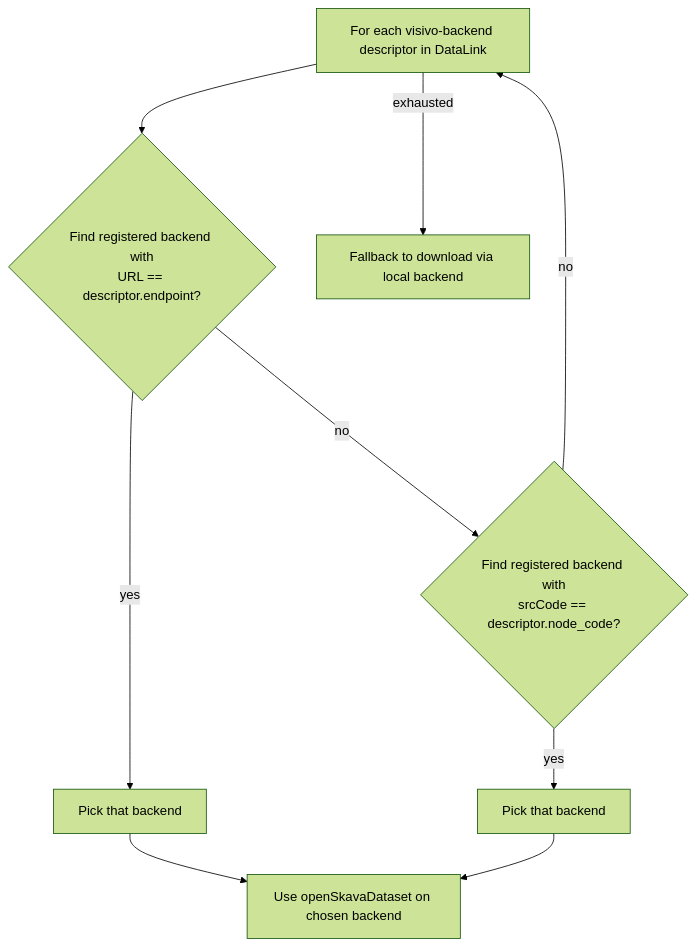
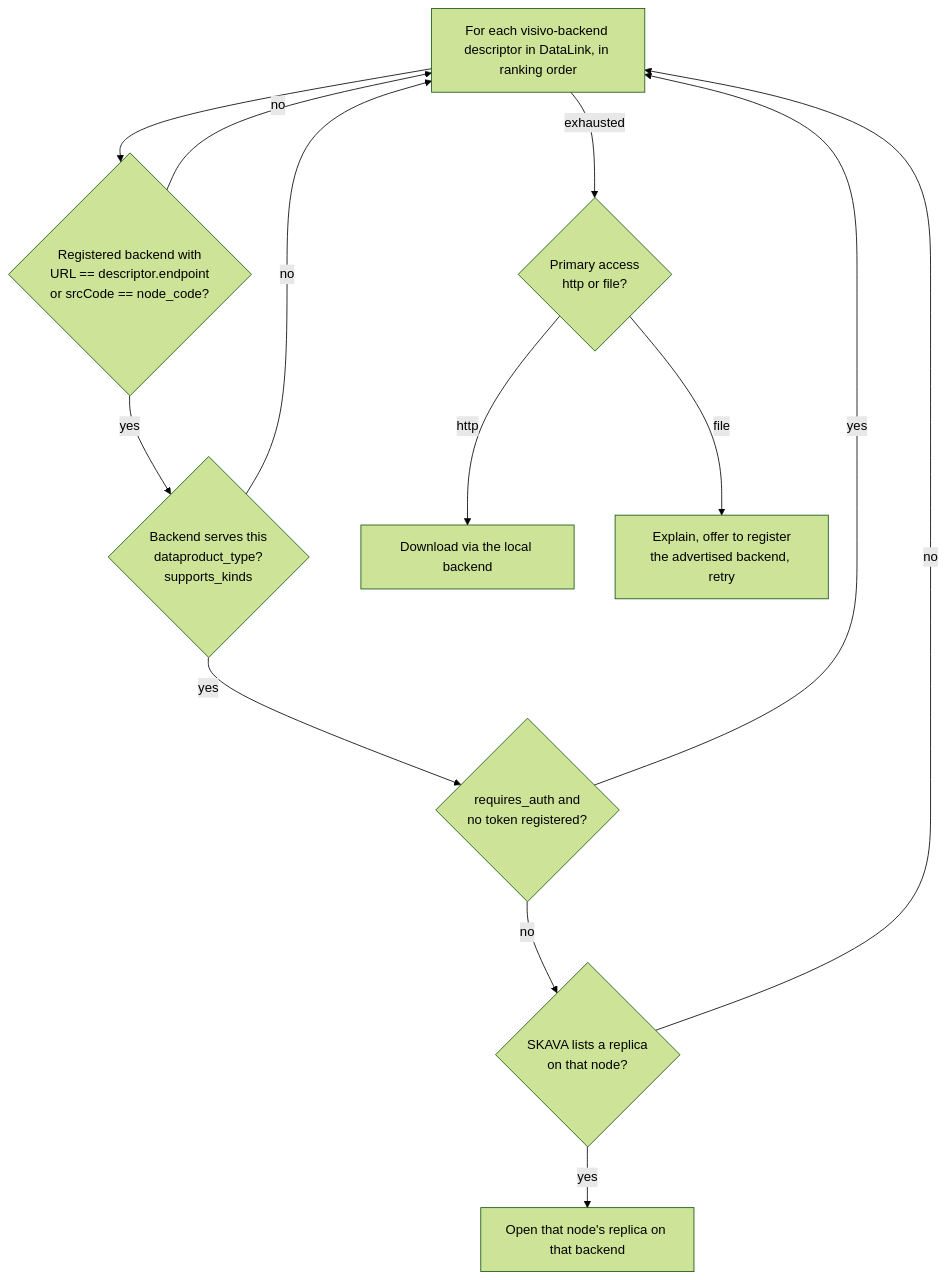
Before and after one commit to VisIVOLab/SKAVA: the diagram in docs/client-integration/backend-routing.md, drawn with Mermaid (forest theme). The commit also changed other lines of this file and 37 other files, not shown here.

First line of the commit message:
Advertise only real SODA cutouts; add ROADMAP

````diff
--- a/docs/client-integration/backend-routing.md
+++ b/docs/client-integration/backend-routing.md
@@ -35,12 +35,16 @@
 ```{mermaid}
 flowchart TD
-    A[For each visivo-backend descriptor in DataLink]
-    A --> B{Find registered backend with<br/>URL == descriptor.endpoint?}
-    B -- yes --> M1[Pick that backend]
-    B -- no --> C{Find registered backend with<br/>srcCode == descriptor.node_code?}
-    C -- yes --> M2[Pick that backend]
-    C -- no --> A
-    M1 --> S[Use openSkavaDataset on chosen backend]
-    M2 --> S
-    A -- exhausted --> F[Fallback to download via local backend]
+    A[For each visivo-backend descriptor in DataLink, in ranking order]
+    A --> B{Registered backend with<br/>URL == descriptor.endpoint<br/>or srcCode == node_code?}
+    B -- no --> A
+    B -- yes --> K{Backend serves this<br/>dataproduct_type?<br/>supports_kinds}
+    K -- no --> A
+    K -- yes --> T{requires_auth and<br/>no token registered?}
+    T -- yes --> A
+    T -- no --> R{SKAVA lists a replica<br/>on that node?}
+    R -- no --> A
+    R -- yes --> S[Open that node's replica on that backend]
+    A -- exhausted --> F{Primary access<br/>http or file?}
+    F -- http --> D[Download via the local backend]
+    F -- file --> P[Explain, offer to register<br/>the advertised backend, retry]
 ```
````
